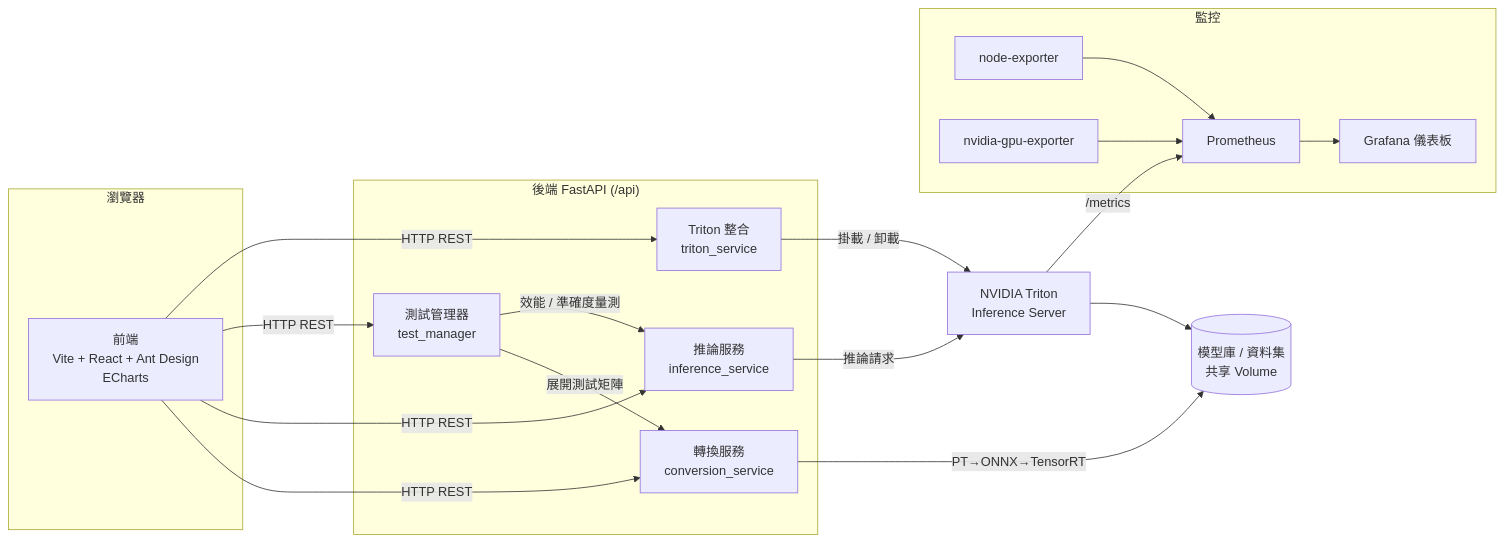
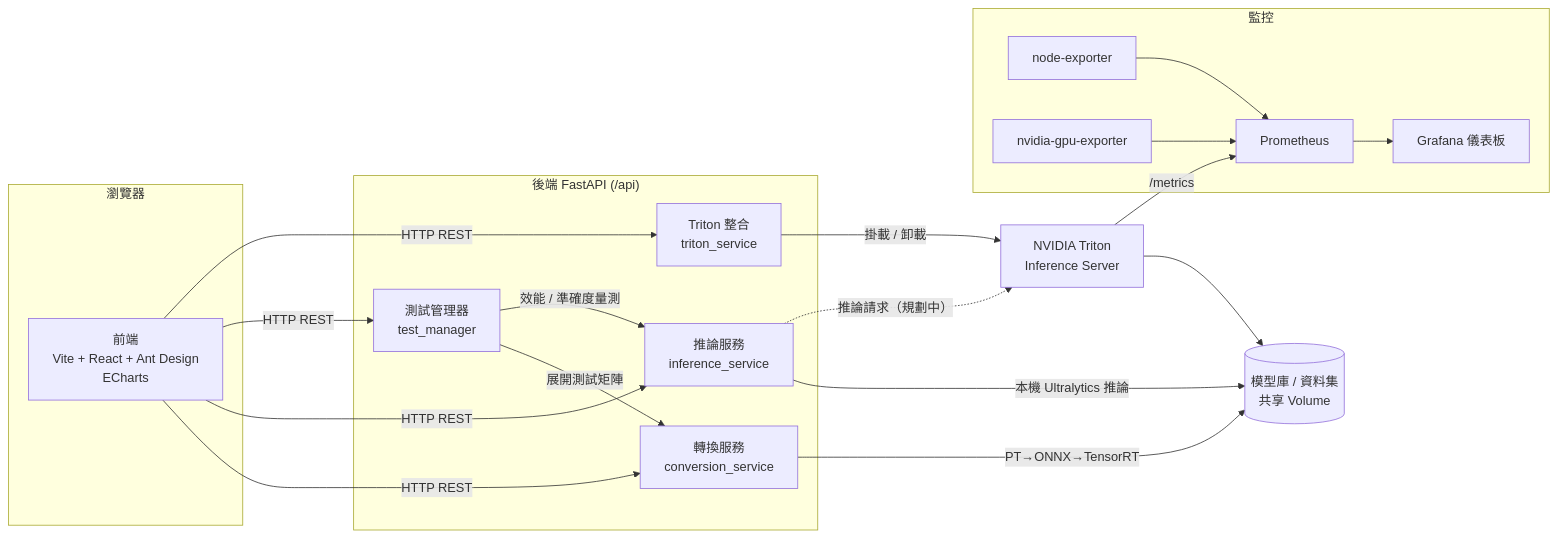
Before and after one commit to q86865511/AI-Deployment-Pipeline: the diagram in README.md, drawn with Mermaid. The commit also changed other lines of this file and 24 other files, not shown here.

````diff
--- a/README.md
+++ b/README.md
@@ -57,40 +61,41 @@
 ```mermaid
 flowchart LR
     subgraph Client["瀏覽器"]
         FE["前端<br/>Vite + React + Ant Design<br/>ECharts"]
     end
 
     subgraph API["後端 FastAPI (/api)"]
         CONV["轉換服務<br/>conversion_service"]
         INF["推論服務<br/>inference_service"]
         TEST["測試管理器<br/>test_manager"]
         TRI["Triton 整合<br/>triton_service"]
     end
 
     TRITON["NVIDIA Triton<br/>Inference Server"]
     REPO[("模型庫 / 資料集<br/>共享 Volume")]
 
     subgraph Mon["監控"]
         PROM["Prometheus"]
         GRAF["Grafana 儀表板"]
         NODE["node-exporter"]
         GPU["nvidia-gpu-exporter"]
     end
 
     FE -->|HTTP REST| CONV
     FE -->|HTTP REST| INF
     FE -->|HTTP REST| TEST
     FE -->|HTTP REST| TRI
 
     CONV -->|PT→ONNX→TensorRT| REPO
     TEST -->|展開測試矩陣| CONV
     TEST -->|效能 / 準確度量測| INF
+    INF -->|本機 Ultralytics 推論| REPO
     TRI -->|掛載 / 卸載| TRITON
-    INF -->|推論請求| TRITON
+    INF -.->|推論請求（規劃中）| TRITON
     TRITON --> REPO
 
     TRITON -->|/metrics| PROM
     NODE --> PROM
     GPU --> PROM
     PROM --> GRAF
 ```
````
